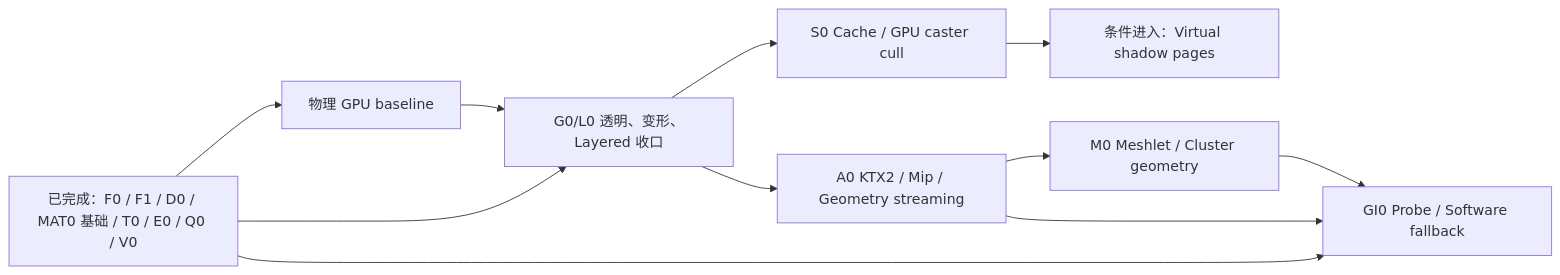
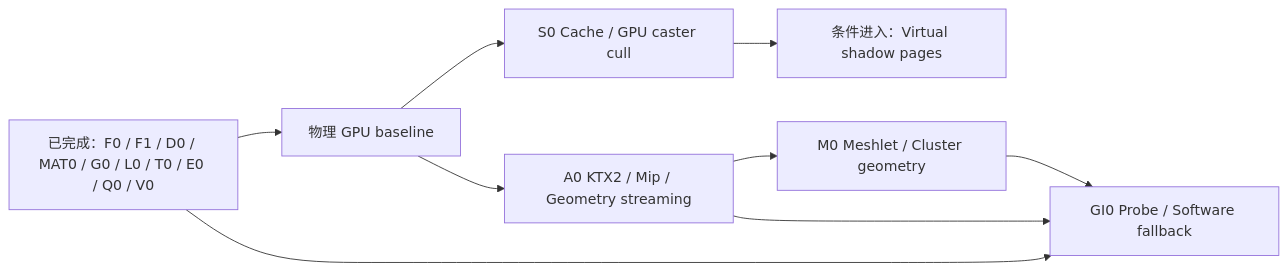
One commit to hiloteam/Hilo3d changed the third of 3 diagrams in documentation/MODERN_WEBGPU_RENDERING_ROADMAP.md. Above: the diagram before and after it, drawn with Mermaid. The commit also changed other lines of this file and 49 other files, not shown here.

````diff
--- a/documentation/MODERN_WEBGPU_RENDERING_ROADMAP.md
+++ b/documentation/MODERN_WEBGPU_RENDERING_ROADMAP.md
@@ -864,13 +866,11 @@
 ```mermaid
 flowchart LR
-  DONE["已完成：F0 / F1 / D0 / MAT0 基础 / T0 / E0 / Q0 / V0"] --> PERF["物理 GPU baseline"]
-  DONE --> GL["G0/L0 透明、变形、Layered 收口"]
-  PERF --> GL
-  GL --> S0["S0 Cache / GPU caster cull"]
-  GL --> A0["A0 KTX2 / Mip / Geometry streaming"]
+  DONE["已完成：F0 / F1 / D0 / MAT0 / G0 / L0 / T0 / E0 / Q0 / V0"] --> PERF["物理 GPU baseline"]
+  PERF --> S0["S0 Cache / GPU caster cull"]
+  PERF --> A0["A0 KTX2 / Mip / Geometry streaming"]
   S0 --> VSM["条件进入：Virtual shadow pages"]
   A0 --> M0
   M0["M0 Meshlet / Cluster geometry"] --> GI0["GI0 Probe / Software fallback"]
   DONE --> GI0
   A0 --> GI0
 ```
````
